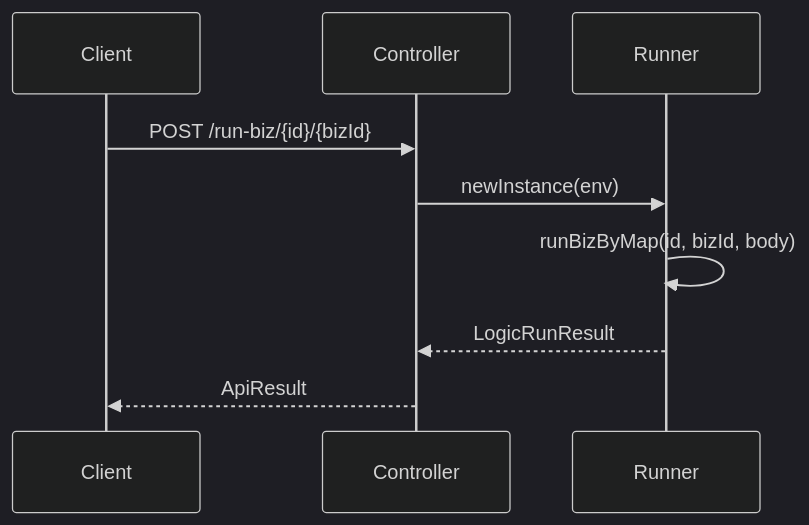
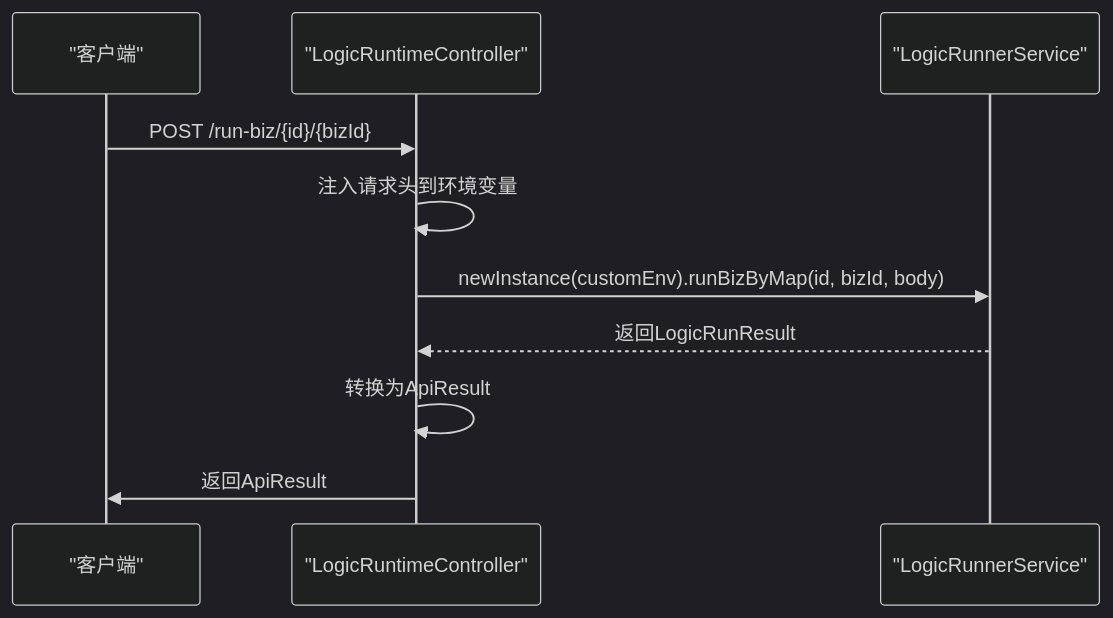
The second of 3 diagrams in .qoder/repowiki/zh/content/API参考/运行时API.md (lk-keep-fighting/logic-solution), drawn with Mermaid (dark theme) before and after one commit. The commit also changed other lines of this file and 104 other files, not shown here.

````diff
--- a/.qoder/repowiki/zh/content/API参考/运行时API.md
+++ b/.qoder/repowiki/zh/content/API参考/运行时API.md
@@ -67,11 +97,12 @@
 ```mermaid
 sequenceDiagram
-participant Client
-participant Controller
-participant Runner
+participant Client as "客户端"
+participant Controller as "LogicRuntimeController"
+participant Runner as "LogicRunnerService"
 Client->>Controller : POST /run-biz/{id}/{bizId}
-Controller->>Runner : newInstance(env)
-Runner->>Runner : runBizByMap(id, bizId, body)
-Runner-->>Controller : LogicRunResult
-Controller-->>Client : ApiResult
+Controller->>Controller : 注入请求头到环境变量
+Controller->>Runner : newInstance(customEnv).runBizByMap(id, bizId, body)
+Runner-->>Controller : 返回LogicRunResult
+Controller->>Controller : 转换为ApiResult
+Controller->>Client : 返回ApiResult
 ```
````
